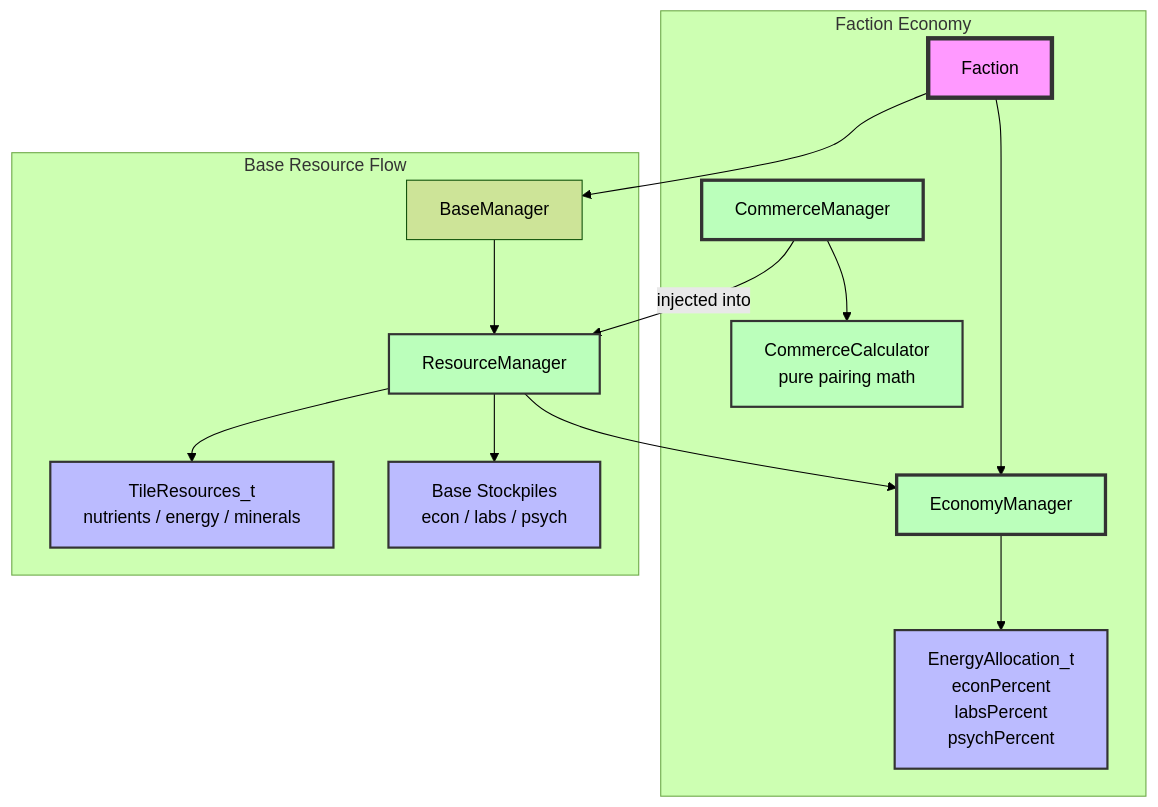
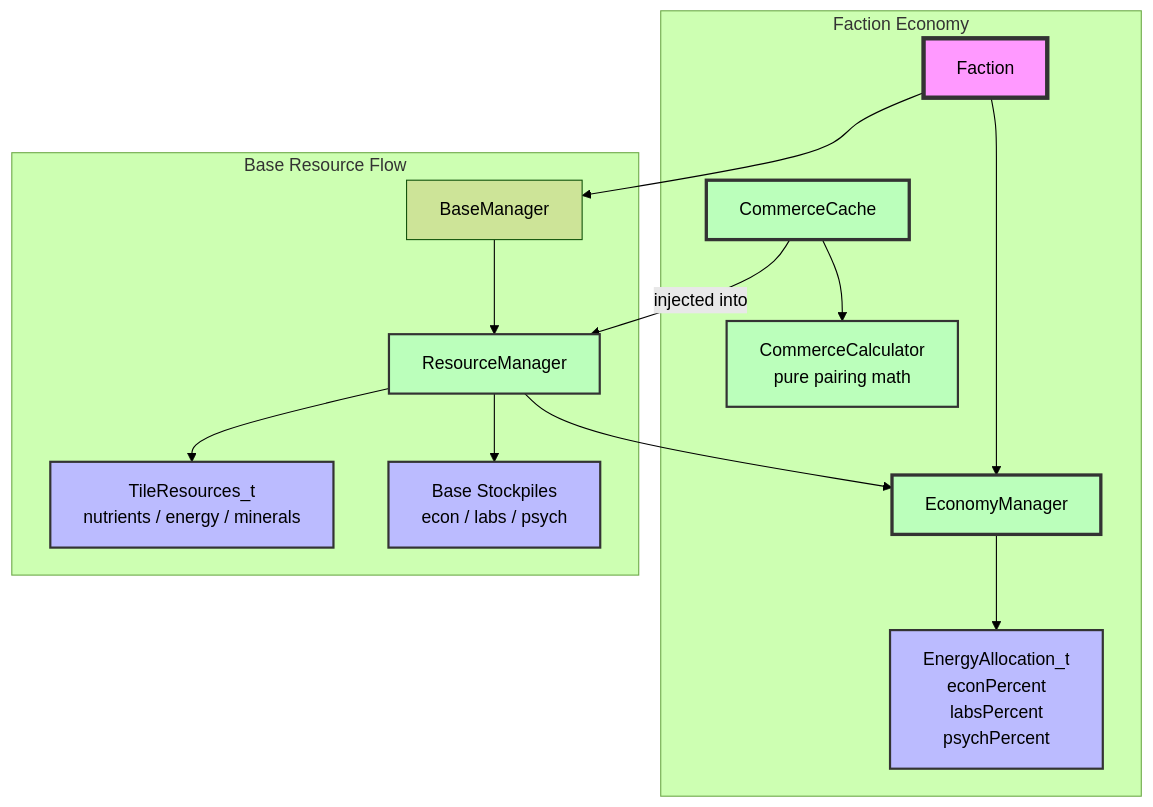
One commit to kilianloftis/alpha-centauri changed the diagram in docs/architecture/economy-system.md. Above: the diagram before and after it, drawn with Mermaid (forest theme). The commit also changed other lines of this file and 123 other files, not shown here.

````diff
--- a/docs/architecture/economy-system.md
+++ b/docs/architecture/economy-system.md
@@ -3,37 +3,37 @@
 ```mermaid
 graph TB
     subgraph "Faction Economy"
         Faction[Faction]
         EconomyManager[EconomyManager]
         EnergyAllocation[EnergyAllocation_t<br/>econPercent<br/>labsPercent<br/>psychPercent]
-        CommerceManager[CommerceManager]
+        CommerceCache[CommerceCache]
         CommerceCalculator[CommerceCalculator<br/>pure pairing math]
     end
 
     subgraph "Base Resource Flow"
         BaseManager[BaseManager]
         ResourceManager[ResourceManager]
         TileResources[TileResources_t<br/>nutrients / energy / minerals]
         Stockpiles[Base Stockpiles<br/>econ / labs / psych]
     end
 
     Faction --> EconomyManager
     EconomyManager --> EnergyAllocation
-    CommerceManager -->|"injected into"| ResourceManager
-    CommerceManager --> CommerceCalculator
+    CommerceCache -->|"injected into"| ResourceManager
+    CommerceCache --> CommerceCalculator
 
     Faction --> BaseManager
     BaseManager --> ResourceManager
     ResourceManager --> EconomyManager
     ResourceManager --> TileResources
     ResourceManager --> Stockpiles
 
     style Faction fill:#f9f,stroke:#333,stroke-width:4px
     style EconomyManager fill:#bfb,stroke:#333,stroke-width:3px
-    style CommerceManager fill:#bfb,stroke:#333,stroke-width:3px
+    style CommerceCache fill:#bfb,stroke:#333,stroke-width:3px
     style CommerceCalculator fill:#bfb,stroke:#333,stroke-width:2px
     style ResourceManager fill:#bfb,stroke:#333,stroke-width:2px
     style EnergyAllocation fill:#bbf,stroke:#333,stroke-width:2px
     style TileResources fill:#bbf,stroke:#333,stroke-width:2px
     style Stockpiles fill:#bbf,stroke:#333,stroke-width:2px
 ```
````
